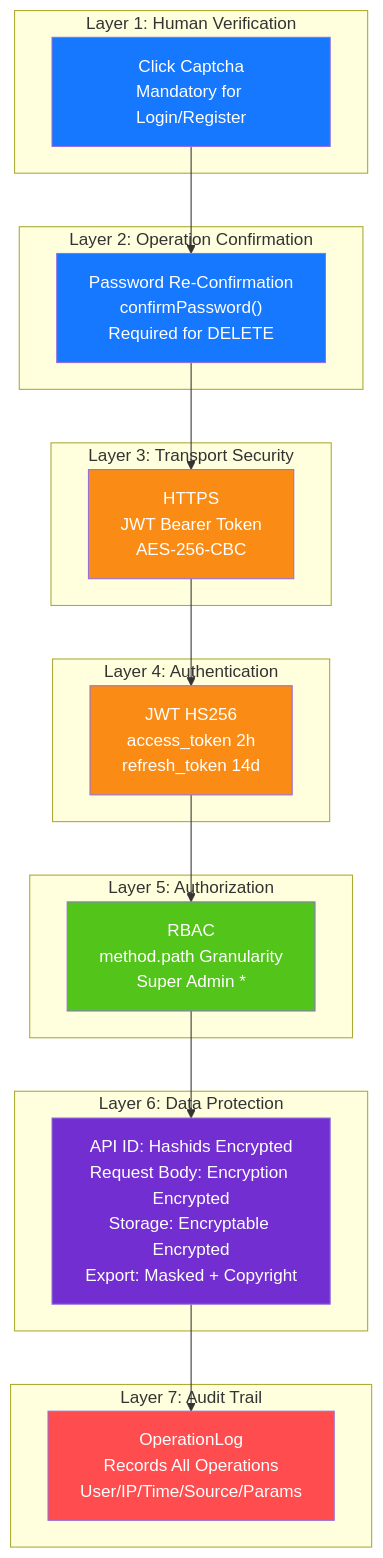
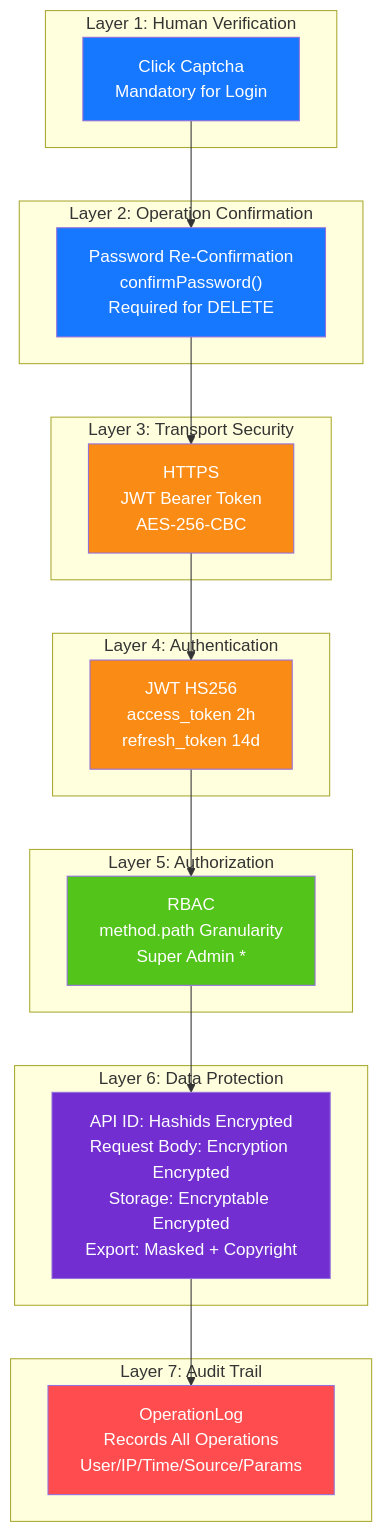
Before and after one commit to erikwang2013/open-admin: diagram 13 of 14 in docs/ARCHITECTURE.en.md, drawn with Mermaid. The commit also changed other lines of this file and 115 other files, not shown here.

First line of the commit message:
功能：新增项目宠物「小安」、站点首页与手写 SVG 设计图集；全部文档对齐代码

````diff
--- a/docs/ARCHITECTURE.en.md
+++ b/docs/ARCHITECTURE.en.md
@@ -595,40 +597,40 @@
 ```mermaid
 flowchart TB
     subgraph "Layer 1: Human Verification"
-        L1["Click Captcha<br/>Mandatory for Login/Register"]
+        L1["Click Captcha<br/>Mandatory for Login"]
     end
 
     subgraph "Layer 2: Operation Confirmation"
         L2["Password Re-Confirmation<br/>confirmPassword()<br/>Required for DELETE"]
     end
 
     subgraph "Layer 3: Transport Security"
         L3["HTTPS<br/>JWT Bearer Token<br/>AES-256-CBC"]
     end
 
     subgraph "Layer 4: Authentication"
         L4["JWT HS256<br/>access_token 2h<br/>refresh_token 14d"]
     end
 
     subgraph "Layer 5: Authorization"
         L5["RBAC<br/>method.path Granularity<br/>Super Admin * "]
     end
 
     subgraph "Layer 6: Data Protection"
         L6["API ID: Hashids Encrypted<br/>Request Body: Encryption Encrypted<br/>Storage: Encryptable Encrypted<br/>Export: Masked + Copyright"]
     end
 
     subgraph "Layer 7: Audit Trail"
         L7["OperationLog<br/>Records All Operations<br/>User/IP/Time/Source/Params"]
     end
 
     L1 --> L2 --> L3 --> L4 --> L5 --> L6 --> L7
 
     style L1 fill:#1677FF,color:#fff
     style L2 fill:#1677FF,color:#fff
     style L3 fill:#FA8C16,color:#fff
     style L4 fill:#FA8C16,color:#fff
     style L5 fill:#52C41A,color:#fff
     style L6 fill:#722ED1,color:#fff
     style L7 fill:#FF4D4F,color:#fff
 ```
````
